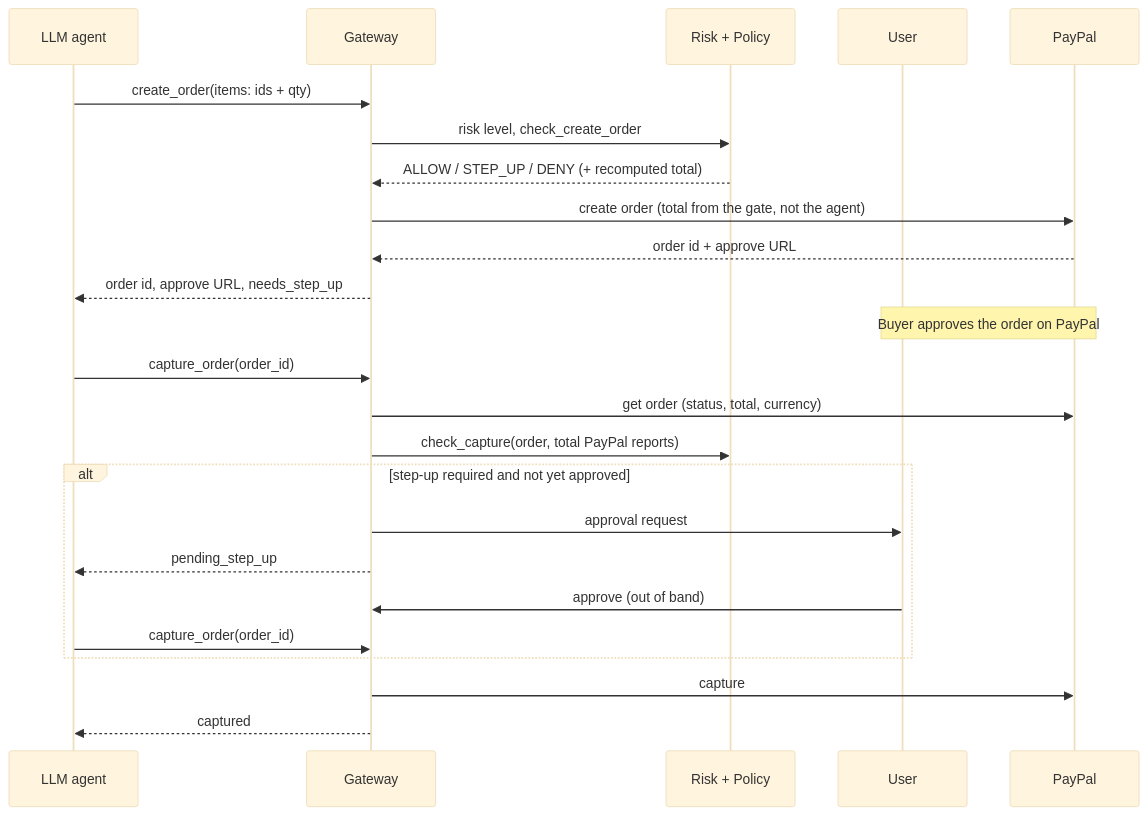
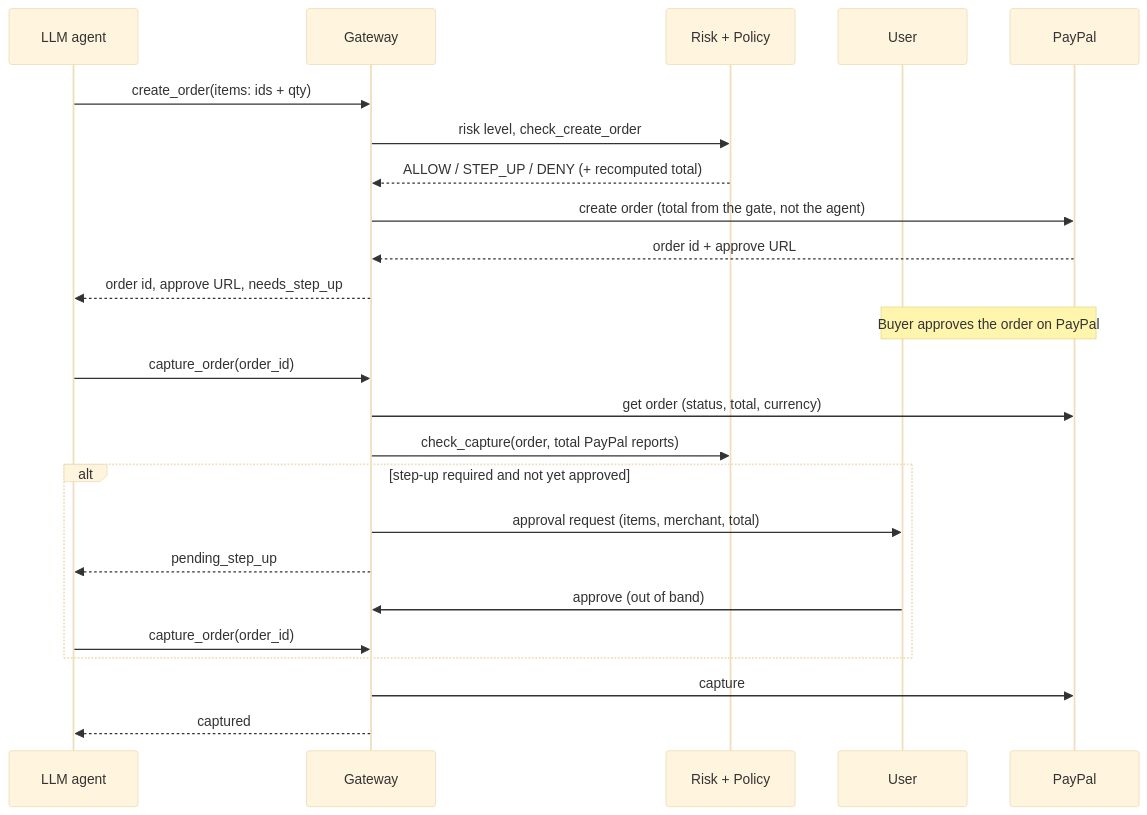
Before and after one commit to GMTerror/AgentGuard-Pay: the second of 2 diagrams in docs/architecture.md, drawn with Mermaid (base theme). The commit also changed other lines of this file and 8 other files, not shown here.

````diff
--- a/docs/architecture.md
+++ b/docs/architecture.md
@@ -75,29 +75,29 @@
 ```mermaid
 sequenceDiagram
     participant L as LLM agent
     participant G as Gateway
     participant K as Risk + Policy
     participant U as User
     participant P as PayPal
 
     L->>G: create_order(items: ids + qty)
     G->>K: risk level, check_create_order
     K-->>G: ALLOW / STEP_UP / DENY (+ recomputed total)
     G->>P: create order (total from the gate, not the agent)
     P-->>G: order id + approve URL
     G-->>L: order id, approve URL, needs_step_up
 
     Note over U,P: Buyer approves the order on PayPal
 
     L->>G: capture_order(order_id)
     G->>P: get order (status, total, currency)
     G->>K: check_capture(order, total PayPal reports)
     alt step-up required and not yet approved
-        G->>U: approval request
+        G->>U: approval request (items, merchant, total)
         G-->>L: pending_step_up
         U->>G: approve (out of band)
         L->>G: capture_order(order_id)
     end
     G->>P: capture
     G-->>L: captured
 ```
````
